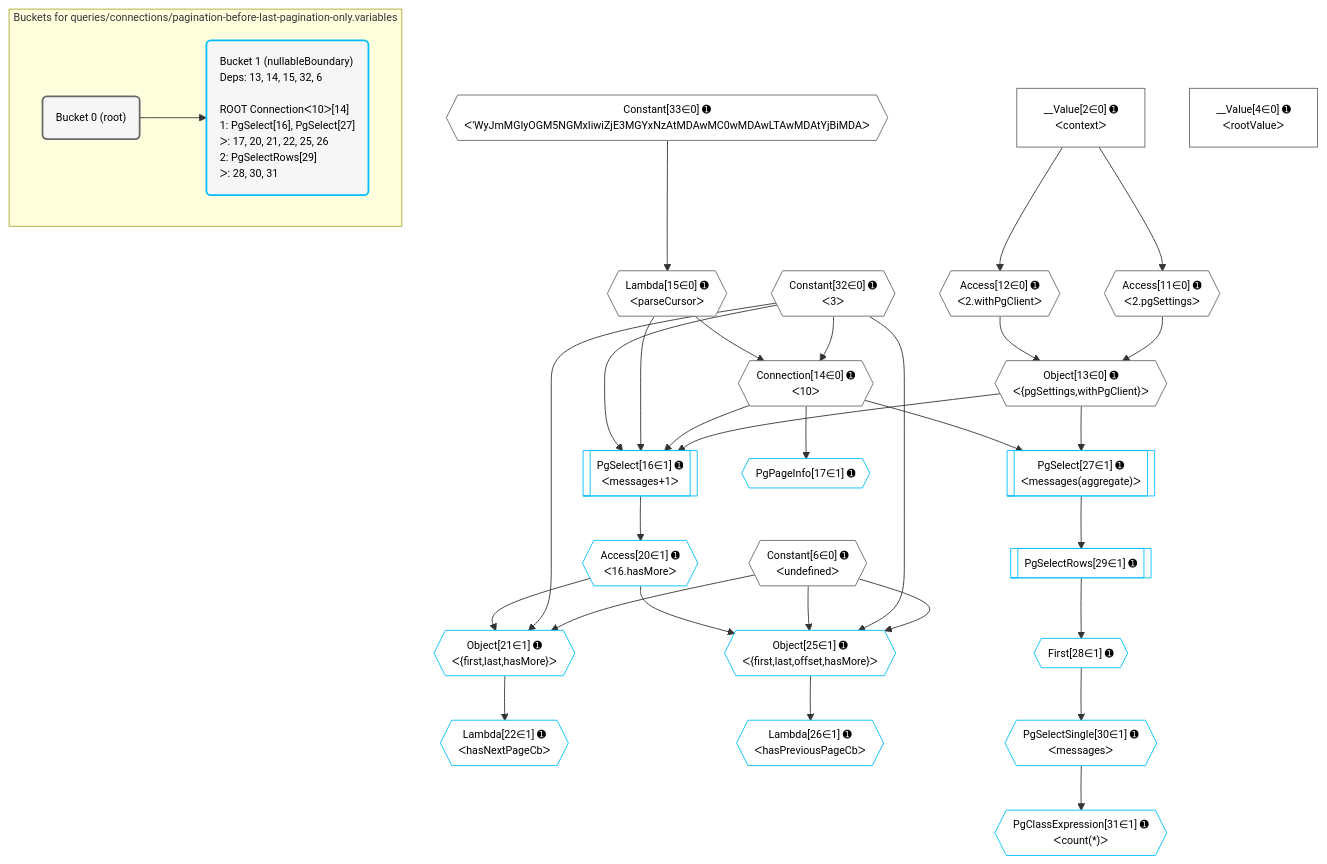
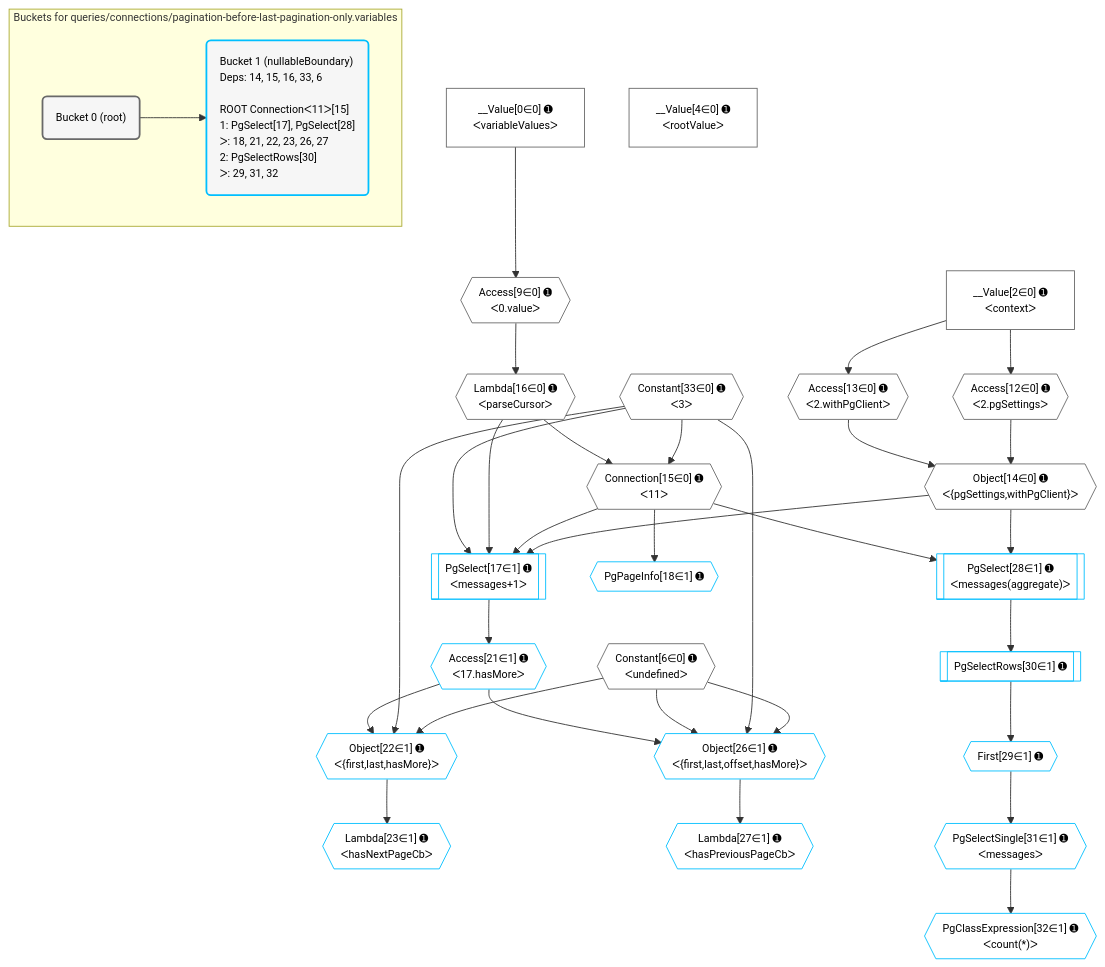
The diagram in grafast/dataplan-pg/__tests__/queries/connections/pagination-before-last-pagination-only.variables.mermaid (graphile/crystal), drawn with Mermaid before and after one commit. The commit also changed 2 other files, not shown here.

```diff
--- a/grafast/dataplan-pg/__tests__/queries/connections/pagination-before-last-pagination-only.variables.mermaid
+++ b/grafast/dataplan-pg/__tests__/queries/connections/pagination-before-last-pagination-only.variables.mermaid
@@ -1,62 +1,64 @@
 %%{init: {'themeVariables': { 'fontSize': '12px'}}}%%
 graph TD
     classDef path fill:#eee,stroke:#000,color:#000
     classDef plan fill:#fff,stroke-width:1px,color:#000
     classDef itemplan fill:#fff,stroke-width:2px,color:#000
     classDef unbatchedplan fill:#dff,stroke-width:1px,color:#000
     classDef sideeffectplan fill:#fcc,stroke-width:2px,color:#000
     classDef bucket fill:#f6f6f6,color:#000,stroke-width:2px,text-align:left
 
 
     %% plan dependencies
-    Object13{{"Object[13∈0] ➊<br />ᐸ{pgSettings,withPgClient}ᐳ"}}:::plan
-    Access11{{"Access[11∈0] ➊<br />ᐸ2.pgSettingsᐳ"}}:::plan
-    Access12{{"Access[12∈0] ➊<br />ᐸ2.withPgClientᐳ"}}:::plan
-    Access11 & Access12 --> Object13
-    Connection14{{"Connection[14∈0] ➊<br />ᐸ10ᐳ"}}:::plan
-    Constant32{{"Constant[32∈0] ➊<br />ᐸ3ᐳ"}}:::plan
-    Lambda15{{"Lambda[15∈0] ➊<br />ᐸparseCursorᐳ"}}:::plan
-    Constant32 & Lambda15 --> Connection14
+    Object14{{"Object[14∈0] ➊<br />ᐸ{pgSettings,withPgClient}ᐳ"}}:::plan
+    Access12{{"Access[12∈0] ➊<br />ᐸ2.pgSettingsᐳ"}}:::plan
+    Access13{{"Access[13∈0] ➊<br />ᐸ2.withPgClientᐳ"}}:::plan
+    Access12 & Access13 --> Object14
+    Connection15{{"Connection[15∈0] ➊<br />ᐸ11ᐳ"}}:::plan
+    Constant33{{"Constant[33∈0] ➊<br />ᐸ3ᐳ"}}:::plan
+    Lambda16{{"Lambda[16∈0] ➊<br />ᐸparseCursorᐳ"}}:::plan
+    Constant33 & Lambda16 --> Connection15
+    Access9{{"Access[9∈0] ➊<br />ᐸ0.valueᐳ"}}:::plan
+    __Value0["__Value[0∈0] ➊<br />ᐸvariableValuesᐳ"]:::plan
+    __Value0 --> Access9
     __Value2["__Value[2∈0] ➊<br />ᐸcontextᐳ"]:::plan
-    __Value2 --> Access11
     __Value2 --> Access12
-    Constant33{{"Constant[33∈0] ➊<br />ᐸ'WyJmMGIyOGM5NGMxIiwiZjE3MGYxNzAtMDAwMC0wMDAwLTAwMDAtYjBiMDAᐳ"}}:::plan
-    Constant33 --> Lambda15
+    __Value2 --> Access13
+    Access9 --> Lambda16
     __Value4["__Value[4∈0] ➊<br />ᐸrootValueᐳ"]:::plan
     Constant6{{"Constant[6∈0] ➊<br />ᐸundefinedᐳ"}}:::plan
-    PgSelect16[["PgSelect[16∈1] ➊<br />ᐸmessages+1ᐳ"]]:::plan
-    Object13 & Connection14 & Lambda15 & Constant32 --> PgSelect16
-    Object25{{"Object[25∈1] ➊<br />ᐸ{first,last,offset,hasMore}ᐳ"}}:::plan
-    Access20{{"Access[20∈1] ➊<br />ᐸ16.hasMoreᐳ"}}:::plan
-    Constant6 & Constant32 & Constant6 & Access20 --> Object25
-    Object21{{"Object[21∈1] ➊<br />ᐸ{first,last,hasMore}ᐳ"}}:::plan
-    Constant6 & Constant32 & Access20 --> Object21
-    PgSelect27[["PgSelect[27∈1] ➊<br />ᐸmessages(aggregate)ᐳ"]]:::plan
-    Object13 & Connection14 --> PgSelect27
-    PgPageInfo17{{"PgPageInfo[17∈1] ➊"}}:::plan
-    Connection14 --> PgPageInfo17
-    PgSelect16 --> Access20
-    Lambda22{{"Lambda[22∈1] ➊<br />ᐸhasNextPageCbᐳ"}}:::plan
-    Object21 --> Lambda22
-    Lambda26{{"Lambda[26∈1] ➊<br />ᐸhasPreviousPageCbᐳ"}}:::plan
-    Object25 --> Lambda26
-    First28{{"First[28∈1] ➊"}}:::plan
-    PgSelectRows29[["PgSelectRows[29∈1] ➊"]]:::plan
-    PgSelectRows29 --> First28
-    PgSelect27 --> PgSelectRows29
-    PgSelectSingle30{{"PgSelectSingle[30∈1] ➊<br />ᐸmessagesᐳ"}}:::plan
-    First28 --> PgSelectSingle30
-    PgClassExpression31{{"PgClassExpression[31∈1] ➊<br />ᐸcount(*)ᐳ"}}:::plan
-    PgSelectSingle30 --> PgClassExpression31
+    PgSelect17[["PgSelect[17∈1] ➊<br />ᐸmessages+1ᐳ"]]:::plan
+    Object14 & Connection15 & Lambda16 & Constant33 --> PgSelect17
+    Object26{{"Object[26∈1] ➊<br />ᐸ{first,last,offset,hasMore}ᐳ"}}:::plan
+    Access21{{"Access[21∈1] ➊<br />ᐸ17.hasMoreᐳ"}}:::plan
+    Constant6 & Constant33 & Constant6 & Access21 --> Object26
+    Object22{{"Object[22∈1] ➊<br />ᐸ{first,last,hasMore}ᐳ"}}:::plan
+    Constant6 & Constant33 & Access21 --> Object22
+    PgSelect28[["PgSelect[28∈1] ➊<br />ᐸmessages(aggregate)ᐳ"]]:::plan
+    Object14 & Connection15 --> PgSelect28
+    PgPageInfo18{{"PgPageInfo[18∈1] ➊"}}:::plan
+    Connection15 --> PgPageInfo18
+    PgSelect17 --> Access21
+    Lambda23{{"Lambda[23∈1] ➊<br />ᐸhasNextPageCbᐳ"}}:::plan
+    Object22 --> Lambda23
+    Lambda27{{"Lambda[27∈1] ➊<br />ᐸhasPreviousPageCbᐳ"}}:::plan
+    Object26 --> Lambda27
+    First29{{"First[29∈1] ➊"}}:::plan
+    PgSelectRows30[["PgSelectRows[30∈1] ➊"]]:::plan
+    PgSelectRows30 --> First29
+    PgSelect28 --> PgSelectRows30
+    PgSelectSingle31{{"PgSelectSingle[31∈1] ➊<br />ᐸmessagesᐳ"}}:::plan
+    First29 --> PgSelectSingle31
+    PgClassExpression32{{"PgClassExpression[32∈1] ➊<br />ᐸcount(*)ᐳ"}}:::plan
+    PgSelectSingle31 --> PgClassExpression32
 
     %% define steps
 
     subgraph "Buckets for queries/connections/pagination-before-last-pagination-only.variables"
     Bucket0("Bucket 0 (root)"):::bucket
     classDef bucket0 stroke:#696969
-    class Bucket0,__Value2,__Value4,Constant6,Access11,Access12,Object13,Connection14,Lambda15,Constant32,Constant33 bucket0
-    Bucket1("Bucket 1 (nullableBoundary)<br />Deps: 13, 14, 15, 32, 6<br /><br />ROOT Connectionᐸ10ᐳ[14]<br />1: PgSelect[16], PgSelect[27]<br />ᐳ: 17, 20, 21, 22, 25, 26<br />2: PgSelectRows[29]<br />ᐳ: 28, 30, 31"):::bucket
+    class Bucket0,__Value0,__Value2,__Value4,Constant6,Access9,Access12,Access13,Object14,Connection15,Lambda16,Constant33 bucket0
+    Bucket1("Bucket 1 (nullableBoundary)<br />Deps: 14, 15, 16, 33, 6<br /><br />ROOT Connectionᐸ11ᐳ[15]<br />1: PgSelect[17], PgSelect[28]<br />ᐳ: 18, 21, 22, 23, 26, 27<br />2: PgSelectRows[30]<br />ᐳ: 29, 31, 32"):::bucket
     classDef bucket1 stroke:#00bfff
-    class Bucket1,PgSelect16,PgPageInfo17,Access20,Object21,Lambda22,Object25,Lambda26,PgSelect27,First28,PgSelectRows29,PgSelectSingle30,PgClassExpression31 bucket1
+    class Bucket1,PgSelect17,PgPageInfo18,Access21,Object22,Lambda23,Object26,Lambda27,PgSelect28,First29,PgSelectRows30,PgSelectSingle31,PgClassExpression32 bucket1
     Bucket0 --> Bucket1
     end
```
